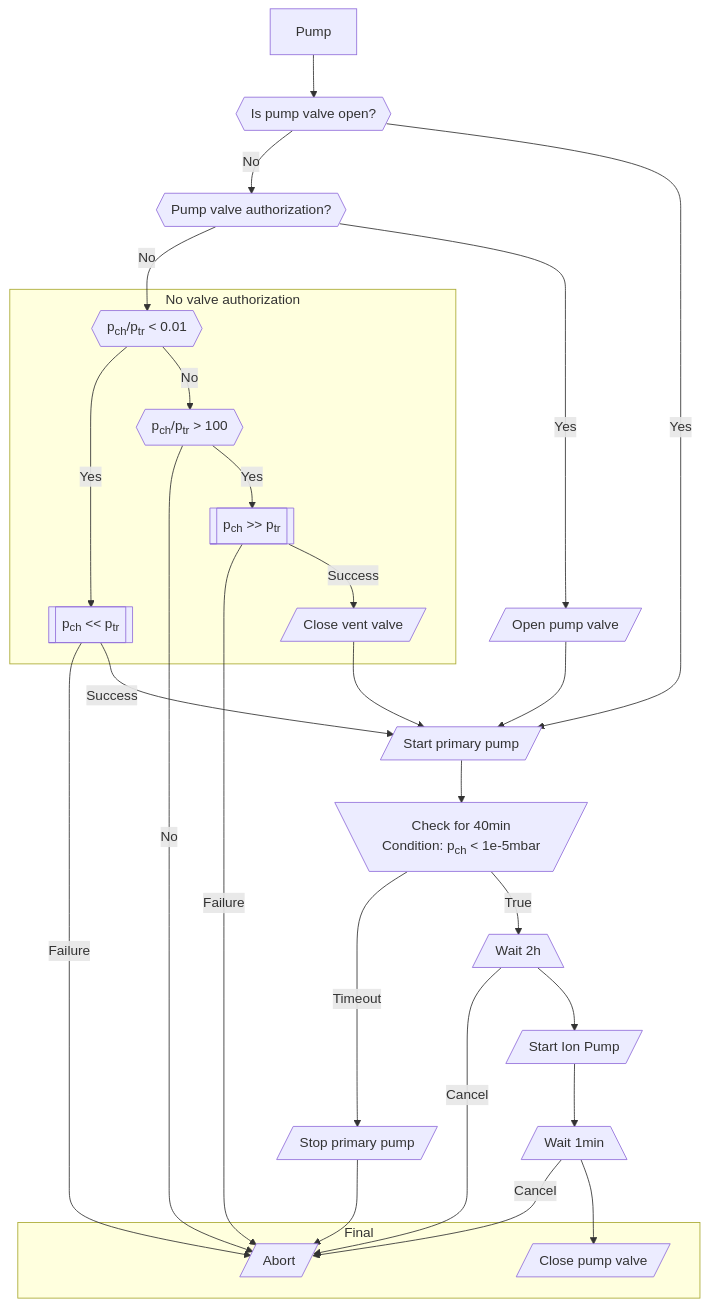
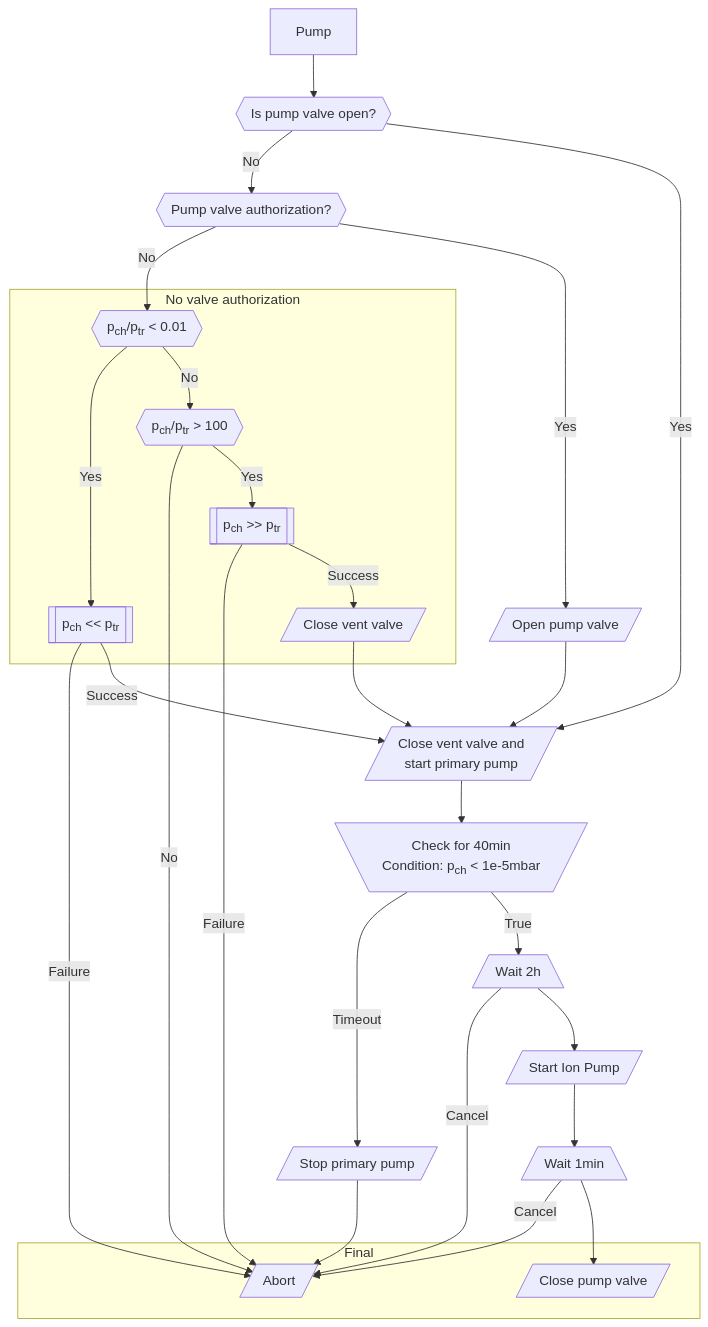
One commit to parkourlrc/pcb-trappitsch--cryostorage-42fec10e6a changed the eighth of 11 diagrams in docs/src/workflows.md. Above: the diagram before and after it, drawn with Mermaid. The commit also changed 3 other files, not shown here.

````diff
--- a/docs/src/workflows.md
+++ b/docs/src/workflows.md
@@ -202,41 +202,42 @@
 ```mermaid
   flowchart TD
     T[Pump] --> IsOP
     IsOP{{Is pump valve open?}} -->|No| OPAuth
     OPAuth{{Pump valve authorization?}}
     OPAuth -->|No| PCL
     OPAuth -->|Yes| OP
     OP[/Open pump valve/]
     OP --> PP
     IsOP -->|Yes| PP
-    PP[/Start primary pump/] --> PCHK
+    PP[/"Close vent valve and
+         start primary pump"/] --> PCHK
     PCHK[\"Check for 40min 
         Condition: p<sub>ch</sub> < 1e-5mbar"/]
     PCHK -->|Timeout| StPP[/Stop primary pump/] --> Err
     PCHK -->|True| IPTIM
     IPTIM --> |Cancel| Err
     IPTIM[/Wait 2h\] --> IP
     IP[/Start Ion Pump/] -->
     ValveTim --> |Cancel| Err
     ValveTim[/Wait 1min\] --> Valve
 
     subgraph Level3 [Final]
       Valve[/Close pump valve/]
       Err[/Abort/]
     end
 
     subgraph Level2 [No valve authorization]
       %% Branch where pch << ptr
       PCL{{p<sub>ch</sub>/p<sub>tr</sub> < 0.01}} -->|Yes| PCLW
       %% Branch where pch >> ptr
       PCL -->|No| PCH{{p<sub>ch</sub>/p<sub>tr</sub> > 100}} 
       PCH -->|No| Err
       PCH -->|Yes| PCHW
       PCHW[[p<sub>ch</sub> >> p<sub>tr</sub>]]
       CVV[/Close vent valve/]
     end
     PCLW -->|Failure| Err
     PCLW[[p<sub>ch</sub> << p<sub>tr</sub>]] -->|Success| PP
     PCHW -->|Failure| Err
     PCHW -->|Success| CVV --> PP 
 ```
````
